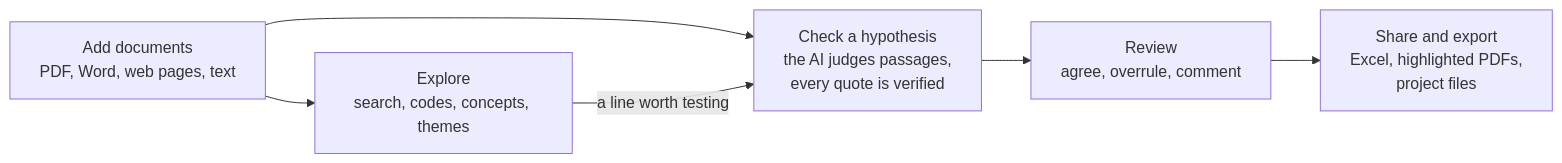
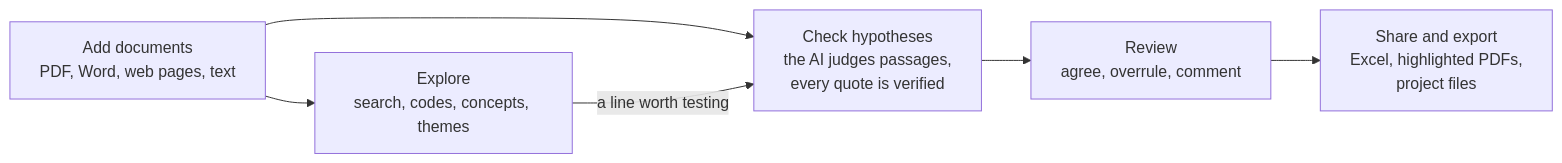
One commit to dvaud/claim_checker_demo changed the diagram in docs/MANUAL.md. Above: the diagram before and after it, drawn with Mermaid. The commit also changed other lines of this file and 68 other files, not shown here.

````diff
--- a/docs/MANUAL.md
+++ b/docs/MANUAL.md
@@ -14,8 +14,8 @@
 ```mermaid
 flowchart LR
     A["Add documents<br/>PDF, Word, web pages, text"] --> B["Explore<br/>search, codes, concepts, themes"]
-    A --> C["Check a hypothesis<br/>the AI judges passages,<br/>every quote is verified"]
+    A --> C["Check hypotheses<br/>the AI judges passages,<br/>every quote is verified"]
     B -- "a line worth testing" --> C
     C --> D["Review<br/>agree, overrule, comment"]
     D --> E["Share and export<br/>Excel, highlighted PDFs,<br/>project files"]
 ```
````
